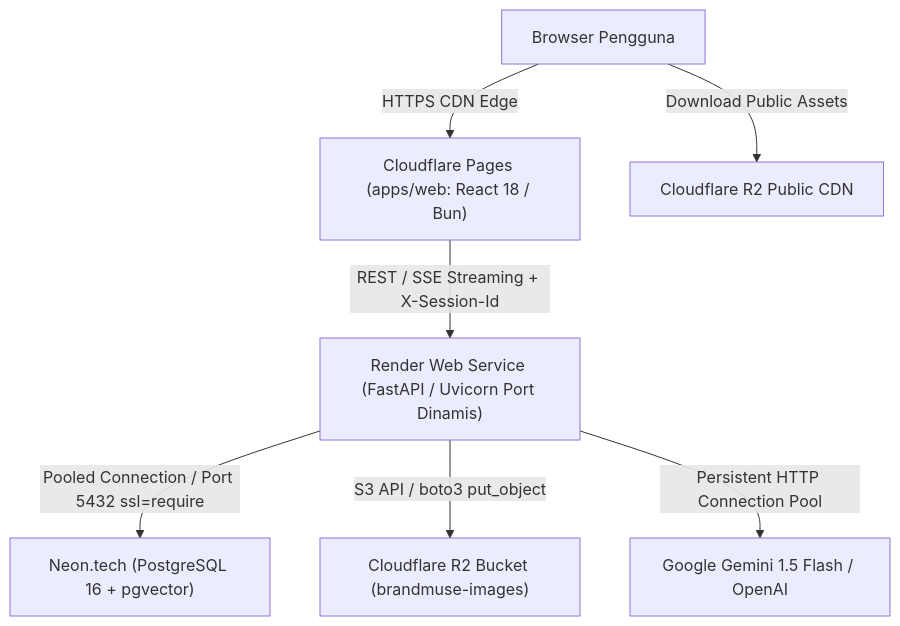
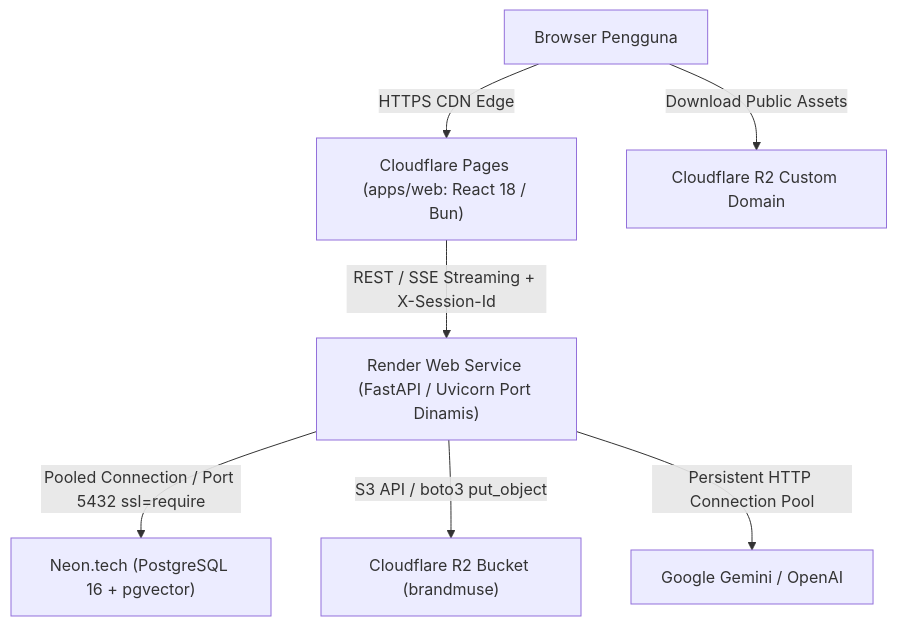
The diagram in DEPLOYMENT_RENDER.md (rflishrl/brandmuse), drawn with Mermaid before and after one commit. The commit also changed other lines of this file and 43 other files, not shown here.

````diff
--- a/DEPLOYMENT_RENDER.md
+++ b/DEPLOYMENT_RENDER.md
@@ -14,9 +14,9 @@
 ```mermaid
 flowchart TD
     User["Browser Pengguna"] -->|HTTPS CDN Edge| Pages["Cloudflare Pages (apps/web: React 18 / Bun)"]
     Pages -->|REST / SSE Streaming + X-Session-Id| Render["Render Web Service (FastAPI / Uvicorn Port Dinamis)"]
     Render -->|Pooled Connection / Port 5432 ssl=require| Neon["Neon.tech (PostgreSQL 16 + pgvector)"]
-    Render -->|S3 API / boto3 put_object| R2["Cloudflare R2 Bucket (brandmuse-images)"]
-    Render -->|Persistent HTTP Connection Pool| AI["Google Gemini 1.5 Flash / OpenAI"]
-    User -->|Download Public Assets| R2Public["Cloudflare R2 Public CDN"]
+    Render -->|S3 API / boto3 put_object| R2["Cloudflare R2 Bucket (brandmuse)"]
+    Render -->|Persistent HTTP Connection Pool| AI["Google Gemini / OpenAI"]
+    User -->|Download Public Assets| R2Public["Cloudflare R2 Custom Domain"]
 ```
````
